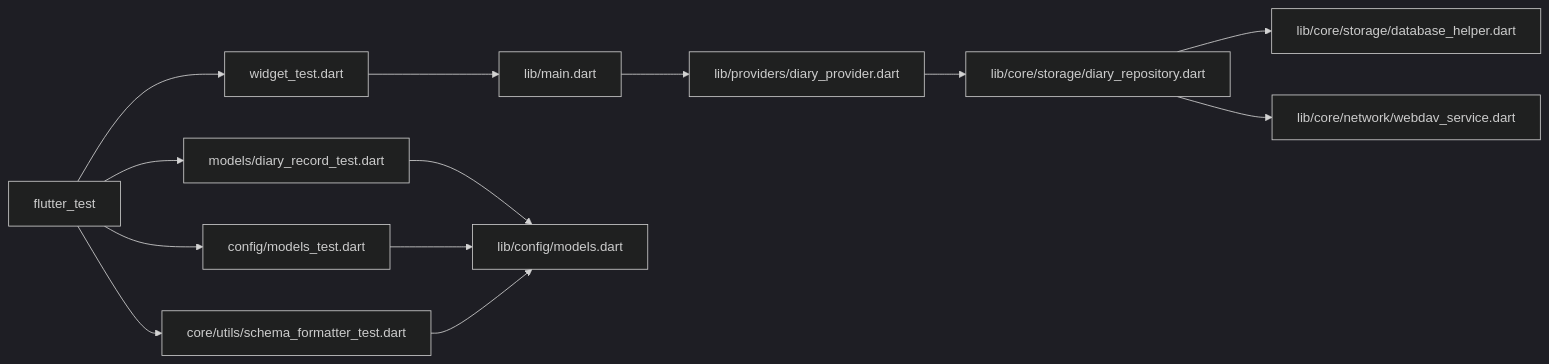
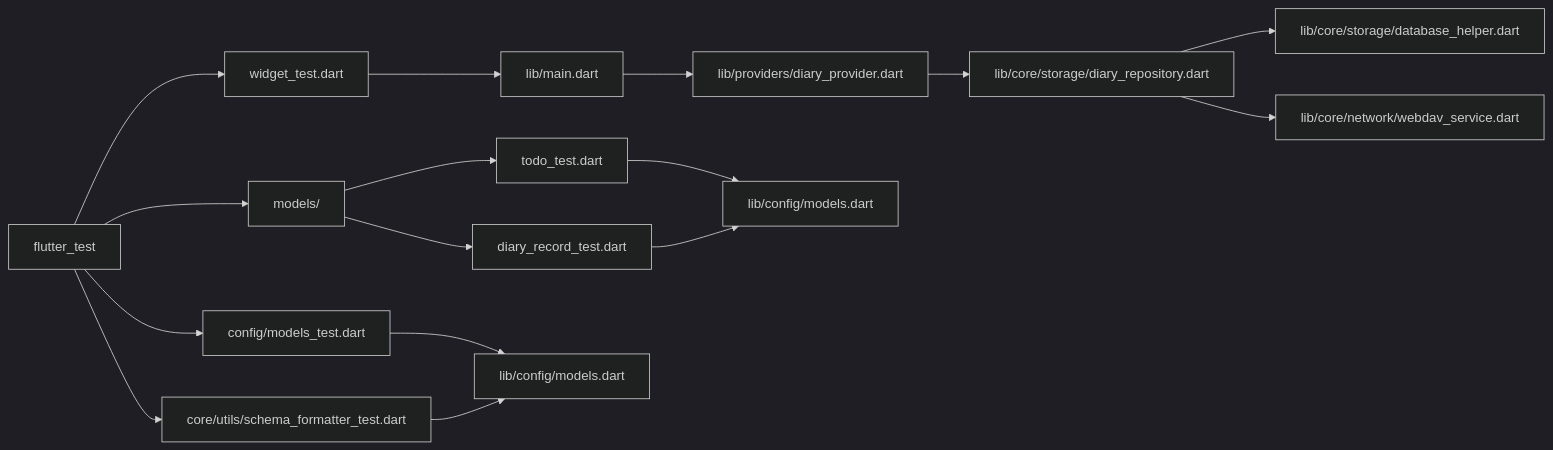
One commit to favoroo/QNote changed the eighth of 8 diagrams in .qoder/repowiki/en/content/Testing Strategy.md. Above: the diagram before and after it, drawn with Mermaid (dark theme). The commit also changed other lines of this file and 68 other files, not shown here.

````diff
--- a/.qoder/repowiki/en/content/Testing Strategy.md
+++ b/.qoder/repowiki/en/content/Testing Strategy.md
@@ -324,15 +407,18 @@
 ```mermaid
 graph LR
 FT["flutter_test"] --> WT["widget_test.dart"]
-FT --> MT["models/diary_record_test.dart"]
+FT --> MT["models/"]
+MT --> MT1["todo_test.dart"]
+MT --> MT2["diary_record_test.dart"]
 FT --> CT["config/models_test.dart"]
 FT --> UT["core/utils/schema_formatter_test.dart"]
 WT --> APP["lib/main.dart"]
 APP --> PR["lib/providers/diary_provider.dart"]
 PR --> REPO["lib/core/storage/diary_repository.dart"]
 REPO --> DB["lib/core/storage/database_helper.dart"]
 REPO --> NET["lib/core/network/webdav_service.dart"]
-MT --> MOD["lib/config/models.dart"]
-CT --> MOD
-UT --> MOD
+MT1 --> MOD["lib/config/models.dart"]
+MT2 --> MOD
+CT --> CFG["lib/config/models.dart"]
+UT --> CFG
 ```
````
